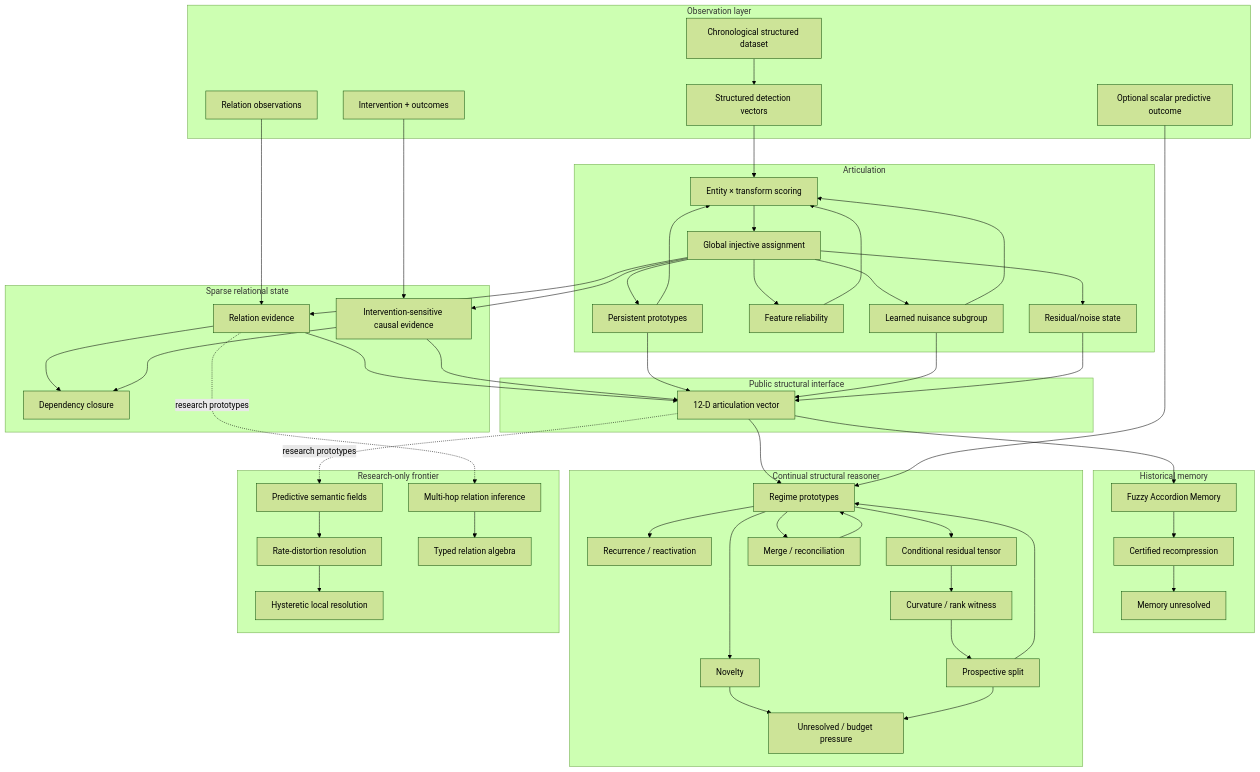
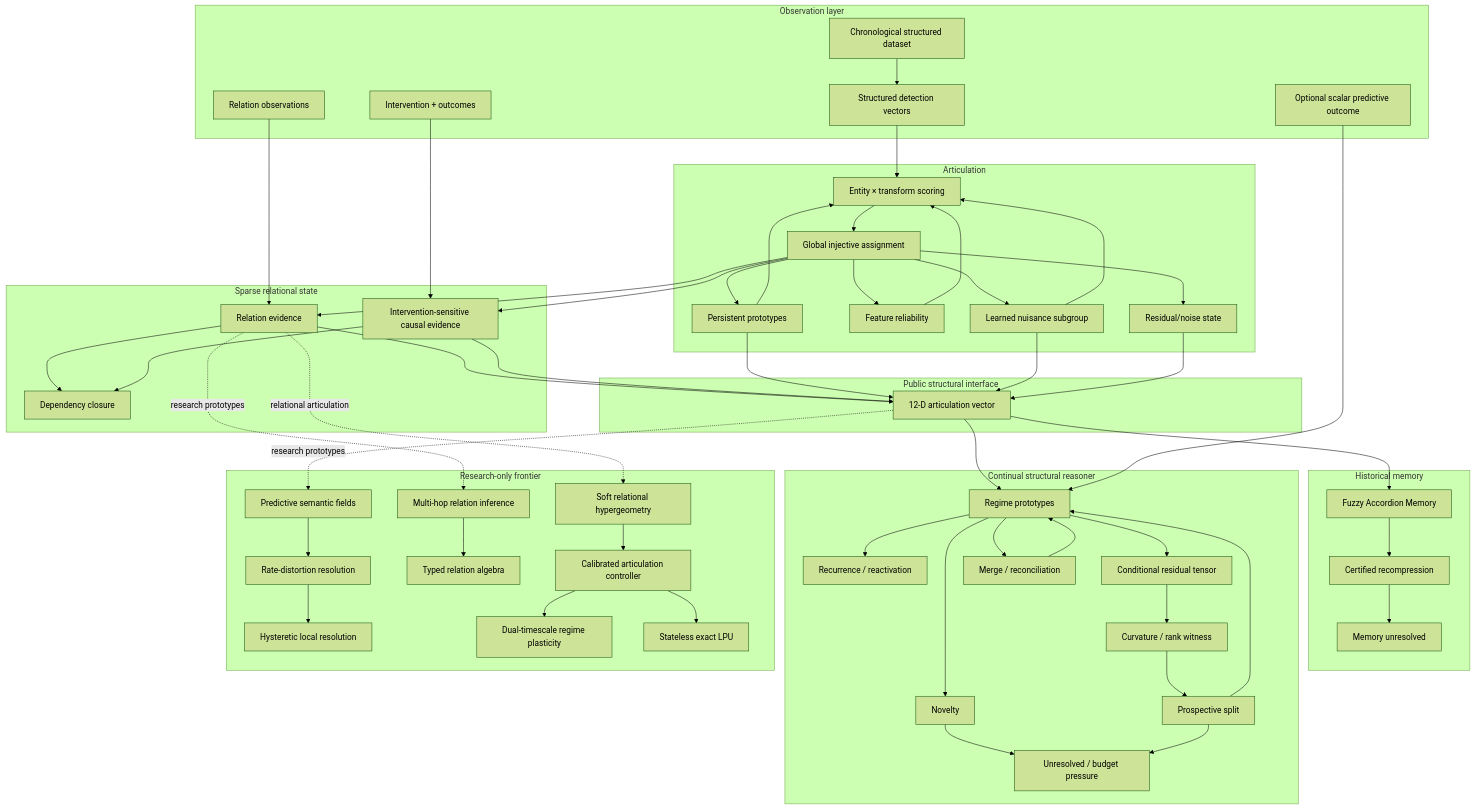
One commit to ordinaly/cortex changed diagram 15 of 15 in docs/ARCHITECTURE.md. Above: the diagram before and after it, drawn with Mermaid (forest theme). The commit also changed other lines of this file and 6 other files, not shown here.

Commit message:
Align architecture docs with regime plasticity

````diff
--- a/docs/ARCHITECTURE.md
+++ b/docs/ARCHITECTURE.md
@@ -2066,11 +2160,19 @@
         LR["Hysteretic local resolution"]
         RI["Multi-hop relation inference"]
         KA["Typed relation algebra"]
+        HG["Soft relational hypergeometry"]
+        AC["Calibrated articulation controller"]
+        RP["Dual-timescale regime plasticity"]
+        LPU["Stateless exact LPU"]
 
         PF --> RD --> LR
         RI --> KA
+        HG --> AC
+        AC --> RP
+        AC --> LPU
     end
 
     Z -. "research prototypes" .-> PF
     RG -. "research prototypes" .-> RI
+    RG -. "relational articulation" .-> HG
 ```
````
